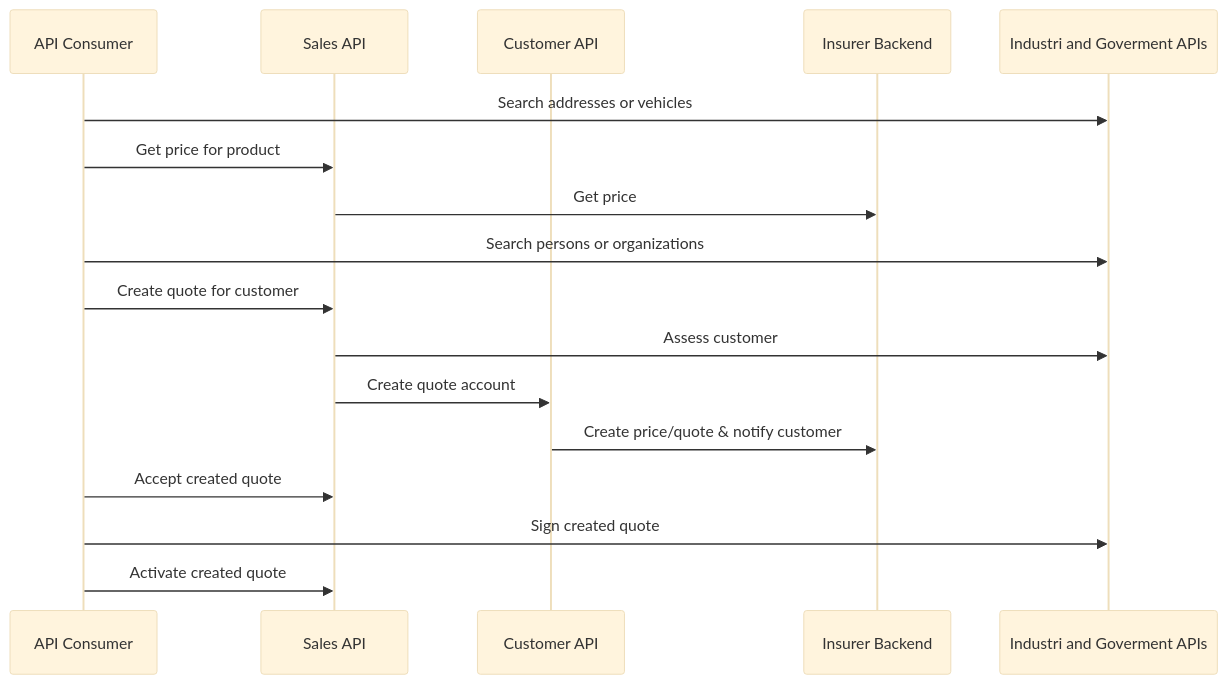
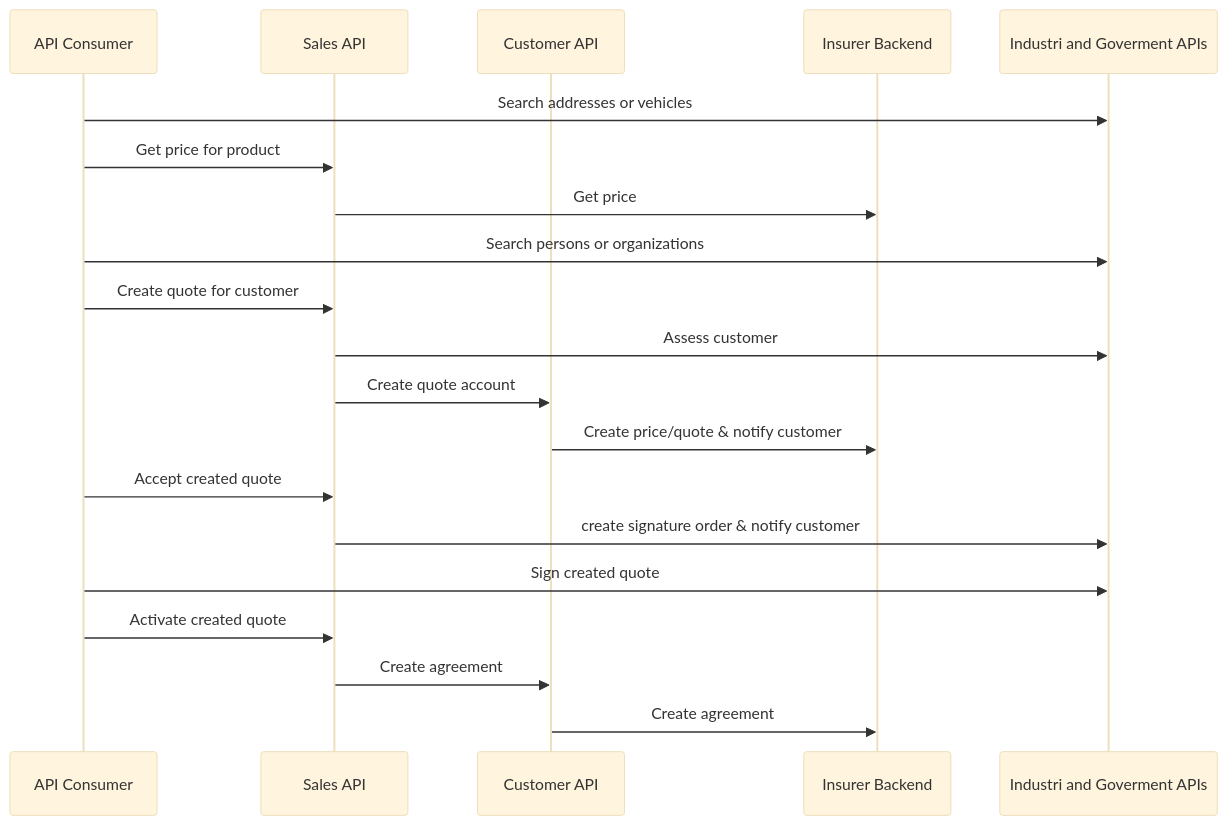
One commit to cirruz/open-insurance changed the diagram in sales-api/sales-sequence-diagram.mermaid. Above: the diagram before and after it, drawn with Mermaid (base theme). The commit also changed other lines of this file, not shown here.

```diff
--- a/sales-api/sales-sequence-diagram.mermaid
+++ b/sales-api/sales-sequence-diagram.mermaid
@@ -1,17 +1,20 @@
 sequenceDiagram
     participant consumer as API Consumer
     participant sales as Sales API
     participant customer as Customer API
     participant insurer as Insurer Backend
     participant integration as Industri and Goverment APIs
     consumer->>integration : Search addresses or vehicles
     consumer->>sales : Get price for product
     sales->>insurer : Get price
     consumer->>integration : Search persons or organizations
     consumer->>sales : Create quote for customer
     sales->>integration : Assess customer 
     sales->>customer : Create quote account
     customer->>insurer : Create price/quote  & notify customer
     consumer->>sales : Accept created quote 
+    sales->>integration : create signature order & notify customer 
     consumer->>integration : Sign created quote
     consumer->>sales : Activate created quote 
+    sales->>customer : Create agreement 
+    customer->>insurer  : Create agreement
```
